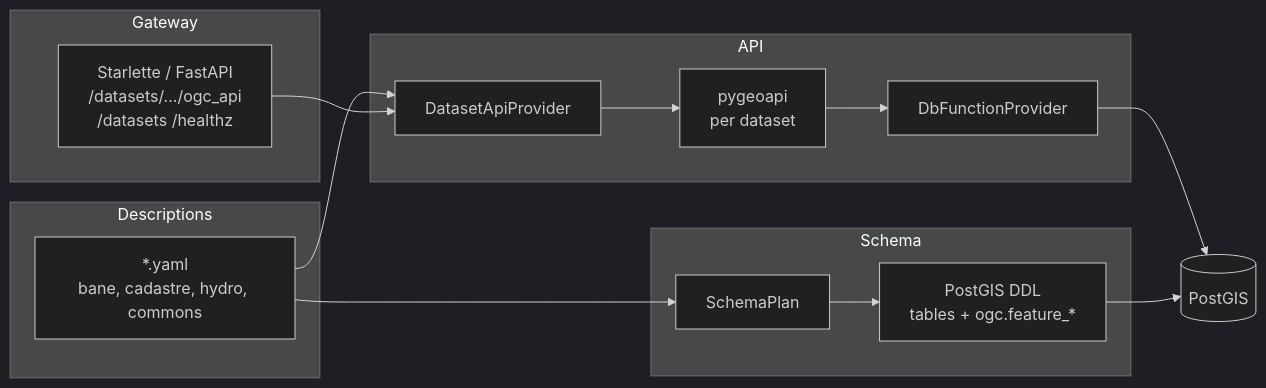
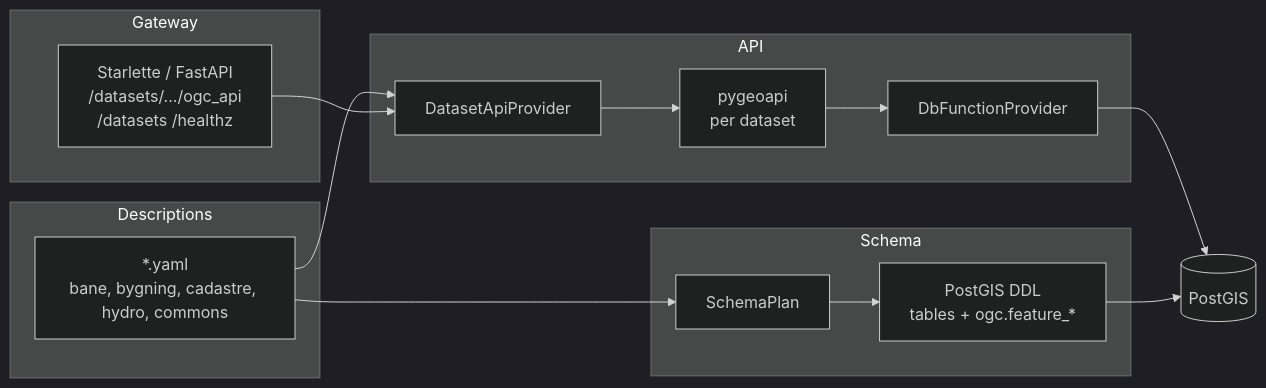
The third of 6 diagrams in docs/ARCHITECTURE.md (kartverket/topografisk-gdb-api), drawn with Mermaid (dark theme) before and after one commit. The commit also changed other lines of this file and 4 other files, not shown here.

````diff
--- a/docs/ARCHITECTURE.md
+++ b/docs/ARCHITECTURE.md
@@ -67,27 +67,27 @@
 ```mermaid
 flowchart LR
   subgraph Descriptions
-    YAML["*.yaml<br/>bane, cadastre, hydro, commons"]
+    YAML["*.yaml<br/>bane, bygning, cadastre, hydro, commons"]
   end
 
   subgraph Schema
     PLAN["SchemaPlan"]
     DDL["PostGIS DDL<br/>tables + ogc.feature_*"]
   end
 
   subgraph API
     DAP["DatasetApiProvider"]
     PYG["pygeoapi<br/>per dataset"]
     DBF["DbFunctionProvider"]
   end
 
   subgraph Gateway
     GW["Starlette / FastAPI<br/>/datasets/.../ogc_api<br/>/datasets /healthz"]
   end
 
   YAML --> PLAN --> DDL
   YAML --> DAP --> PYG --> DBF
   GW --> DAP
   DBF --> PG[("PostGIS")]
   DDL --> PG
 ```
````
